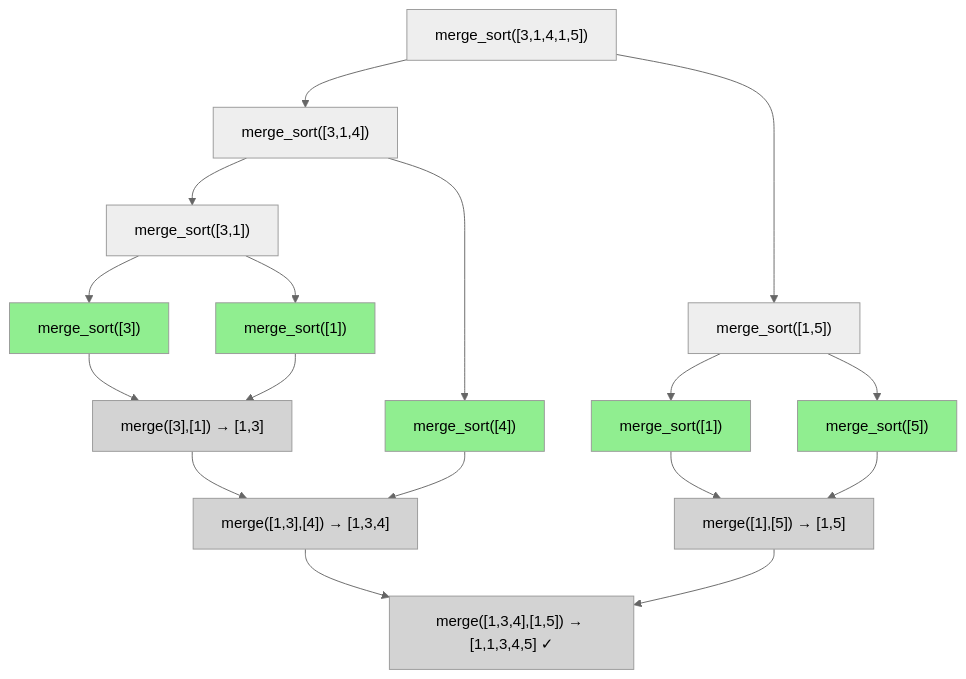
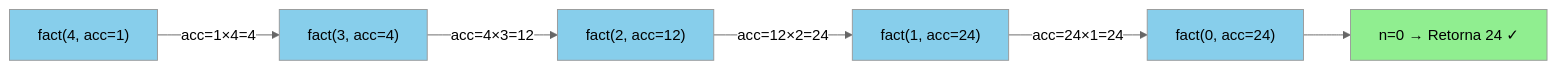
Before and after one commit to nehuenlabs/estudios-algoritmos-recursividad: the tenth of 58 diagrams in plantilla-soluciones.md, drawn with Mermaid (neutral theme). The commit also changed other lines of this file, not shown here.

````diff
--- a/plantilla-soluciones.md
+++ b/plantilla-soluciones.md
@@ -208,44 +322,22 @@
 ```mermaid
-flowchart TD
-    A["merge_sort([3,1,4,1,5])"]
-    B["merge_sort([3,1,4])"]
-    C["merge_sort([1,5])"]
-    D["merge_sort([3,1])"]
-    E["merge_sort([4])"]
-    F["merge_sort([1])"]
-    G["merge_sort([5])"]
-    H["merge_sort([3])"]
-    I["merge_sort([1])"]
+flowchart LR
+    A["fact(4, acc=1)"]
+    B["fact(3, acc=4)"]
+    C["fact(2, acc=12)"]
+    D["fact(1, acc=24)"]
+    E["fact(0, acc=24)"]
+    F["n=0 → Retorna 24 ✓"]
 
-    M1["merge([3],[1]) → [1,3]"]
-    M2["merge([1,3],[4]) → [1,3,4]"]
-    M3["merge([1],[5]) → [1,5]"]
-    M4["merge([1,3,4],[1,5]) → [1,1,3,4,5] ✓"]
+    A -- "acc=1×4=4" --> B
+    B -- "acc=4×3=12" --> C
+    C -- "acc=12×2=24" --> D
+    D -- "acc=24×1=24" --> E
+    E --> F
 
-    A --> B
-    A --> C
-    B --> D
-    B --> E
-    C --> F
-    C --> G
-    D --> H
-    D --> I
-    H --> M1
-    I --> M1
-    M1 --> M2
-    E --> M2
-    M2 --> M4
-    F --> M3
-    G --> M3
-    M3 --> M4
-
-    style H fill:#90EE90
-    style I fill:#90EE90
-    style E fill:#90EE90
     style F fill:#90EE90
-    style G fill:#90EE90
-    style M1 fill:#D3D3D3
-    style M2 fill:#D3D3D3
-    style M3 fill:#D3D3D3
-    style M4 fill:#D3D3D3
+    style A fill:#87CEEB
+    style B fill:#87CEEB
+    style C fill:#87CEEB
+    style D fill:#87CEEB
+    style E fill:#87CEEB
 ```
````
